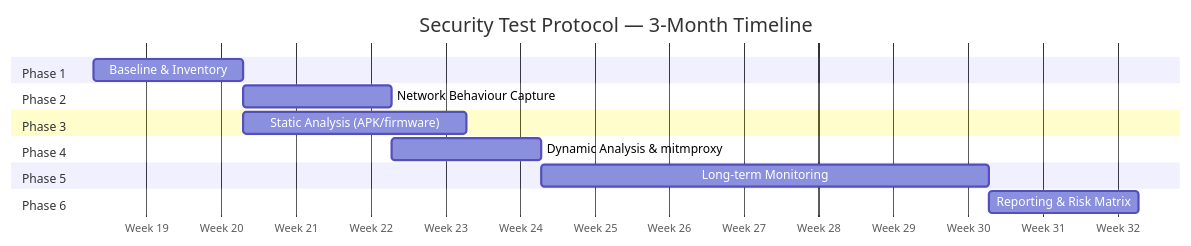
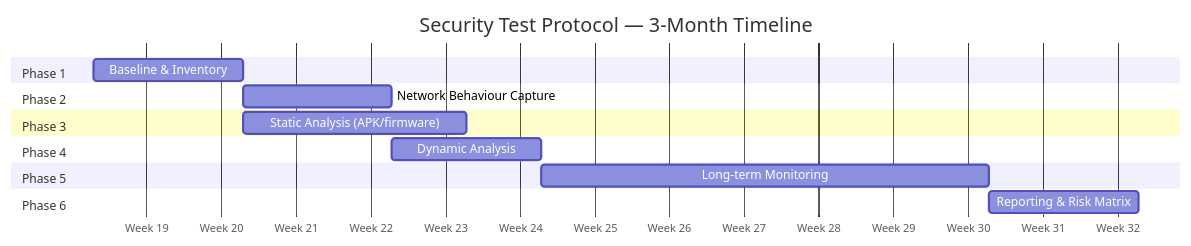
Before and after one commit to tommiLipponen/android-test-protocol: the first of 2 diagrams in README.md, drawn with Mermaid. The commit also changed other lines of this file, not shown here.

Commit message:
README: remove mitmproxy, Malcolm-only approach confirmed

````diff
--- a/README.md
+++ b/README.md
@@ -30,24 +30,24 @@
 ```mermaid
 gantt
     title Security Test Protocol — 3-Month Timeline
     dateFormat  YYYY-MM-DD
     axisFormat  Week %W
 
     section Phase 1
     Baseline & Inventory          :p1, 2026-05-12, 14d
 
     section Phase 2
     Network Behaviour Capture     :p2, after p1, 14d
 
     section Phase 3
     Static Analysis (APK/firmware):p3, after p1, 21d
 
     section Phase 4
-    Dynamic Analysis & mitmproxy  :p4, after p2, 14d
+    Dynamic Analysis              :p4, after p2, 14d
 
     section Phase 5
     Long-term Monitoring          :p5, after p4, 42d
 
     section Phase 6
     Reporting & Risk Matrix       :p6, after p5, 14d
 ```
````
